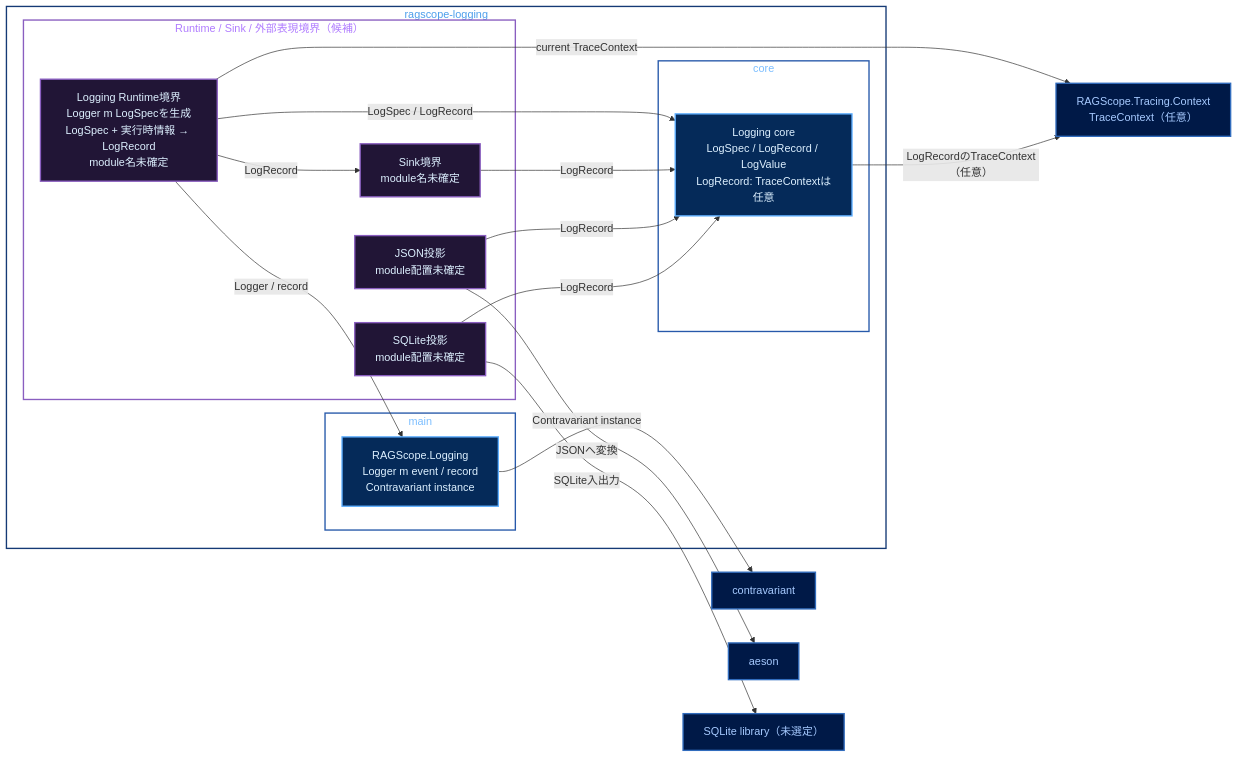
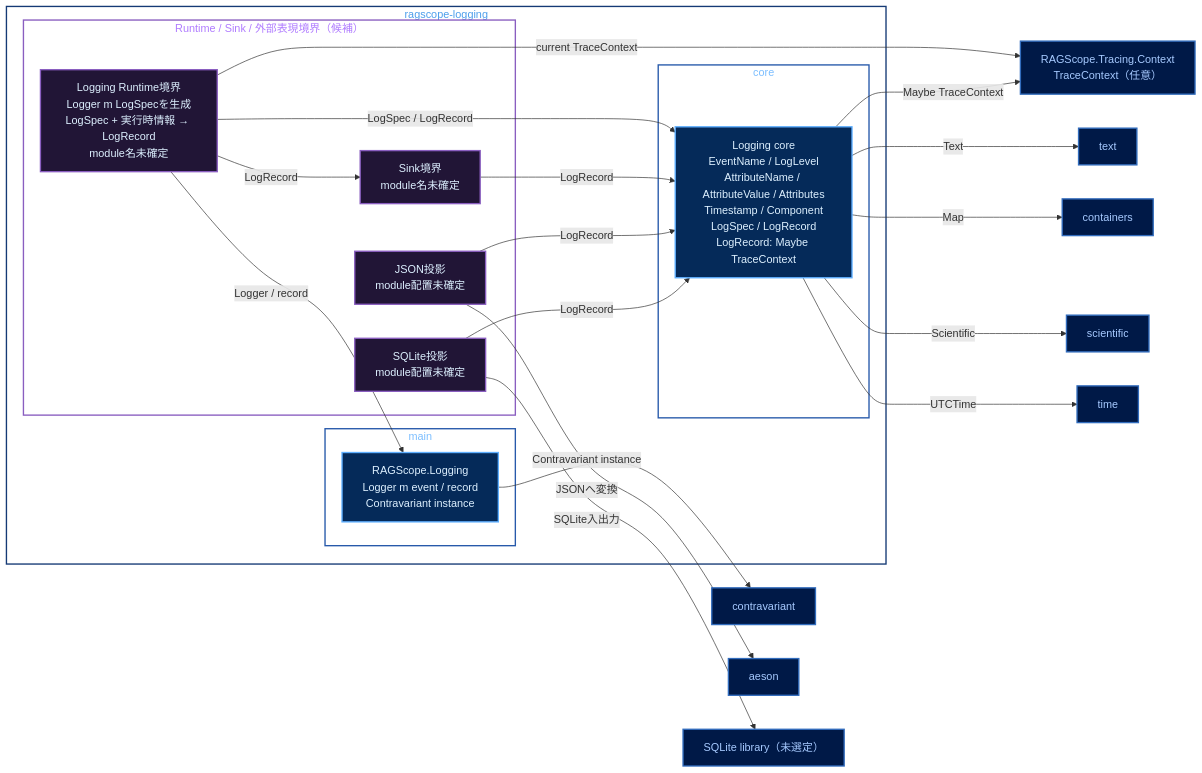
One commit to takashit16833/Workbench changed the diagram in Notes/RAGScope/RAGScopeアプリケーション/実行追跡・構造化ログ静的依存図 Logging.md. Above: the diagram before and after it, drawn with Mermaid. The commit also changed other lines of this file, not shown here.

Commit message:
docs: update logging dependency view

````diff
--- a/Notes/RAGScope/RAGScopeアプリケーション/実行追跡・構造化ログ静的依存図 Logging.md
+++ b/Notes/RAGScope/RAGScopeアプリケーション/実行追跡・構造化ログ静的依存図 Logging.md
@@ -21,44 +21,52 @@
 ```mermaid
 flowchart LR
     subgraph pkg_logging["ragscope-logging"]
         subgraph main_lib["main"]
             logger["RAGScope.Logging<br/>Logger m event / record<br/>Contravariant instance"]
         end
         subgraph internal_lib["Runtime / Sink / 外部表現境界（候補）"]
             runtime["Logging Runtime境界<br/>Logger m LogSpecを生成<br/>LogSpec + 実行時情報 → LogRecord<br/>module名未確定"]
             sink["Sink境界<br/>module名未確定"]
             json["JSON投影<br/>module配置未確定"]
             sqlite["SQLite投影<br/>module配置未確定"]
         end
         subgraph core_lib["core"]
-            contract["Logging core<br/>LogSpec / LogRecord / LogValue<br/>LogRecord: TraceContextは任意"]
+            contract["Logging core<br/>EventName / LogLevel<br/>AttributeName / AttributeValue / Attributes<br/>Timestamp / Component<br/>LogSpec / LogRecord<br/>LogRecord: Maybe TraceContext"]
         end
     end
     context["RAGScope.Tracing.Context<br/>TraceContext（任意）"]
     contravariant["contravariant"]
     aeson["aeson"]
     sqlite_lib["SQLite library（未選定）"]
+    text_pkg["text"]
+    containers_pkg["containers"]
+    scientific_pkg["scientific"]
+    time_pkg["time"]
 
     logger -->|Contravariant instance| contravariant
     runtime -->|Logger / record| logger
     runtime -->|LogSpec / LogRecord| contract
     runtime -->|current TraceContext| context
     runtime -->|LogRecord| sink
     sink -->|LogRecord| contract
     json -->|LogRecord| contract
     json -->|JSONへ変換| aeson
     sqlite -->|LogRecord| contract
     sqlite -->|SQLite入出力| sqlite_lib
-    contract -->|LogRecordのTraceContext（任意）| context
+    contract -->|Maybe TraceContext| context
+    contract -->|Text| text_pkg
+    contract -->|Map| containers_pkg
+    contract -->|Scientific| scientific_pkg
+    contract -->|UTCTime| time_pkg
 
     classDef public fill:#052A59,stroke:#5EAFFF,color:#DDF0FF,stroke-width:2px
     classDef private fill:#211536,stroke:#8A5EC0,color:#DDF0FF,stroke-width:2px
     classDef outside fill:#001947,stroke:#316CBD,color:#A6CAFF,stroke-width:2px
     class logger,contract public
     class runtime,sink,json,sqlite private
-    class context,contravariant,aeson,sqlite_lib outside
+    class context,contravariant,aeson,sqlite_lib,text_pkg,containers_pkg,scientific_pkg,time_pkg outside
     style pkg_logging fill:transparent,stroke:#153A75,color:#4C9EEB,stroke-width:2px
     style main_lib fill:transparent,stroke:#2759AA,color:#7CBEFF,stroke-width:2px
     style internal_lib fill:transparent,stroke:#8A5EC0,color:#B07CFF,stroke-width:2px
     style core_lib fill:transparent,stroke:#2759AA,color:#7CBEFF,stroke-width:2px
 ```
````
